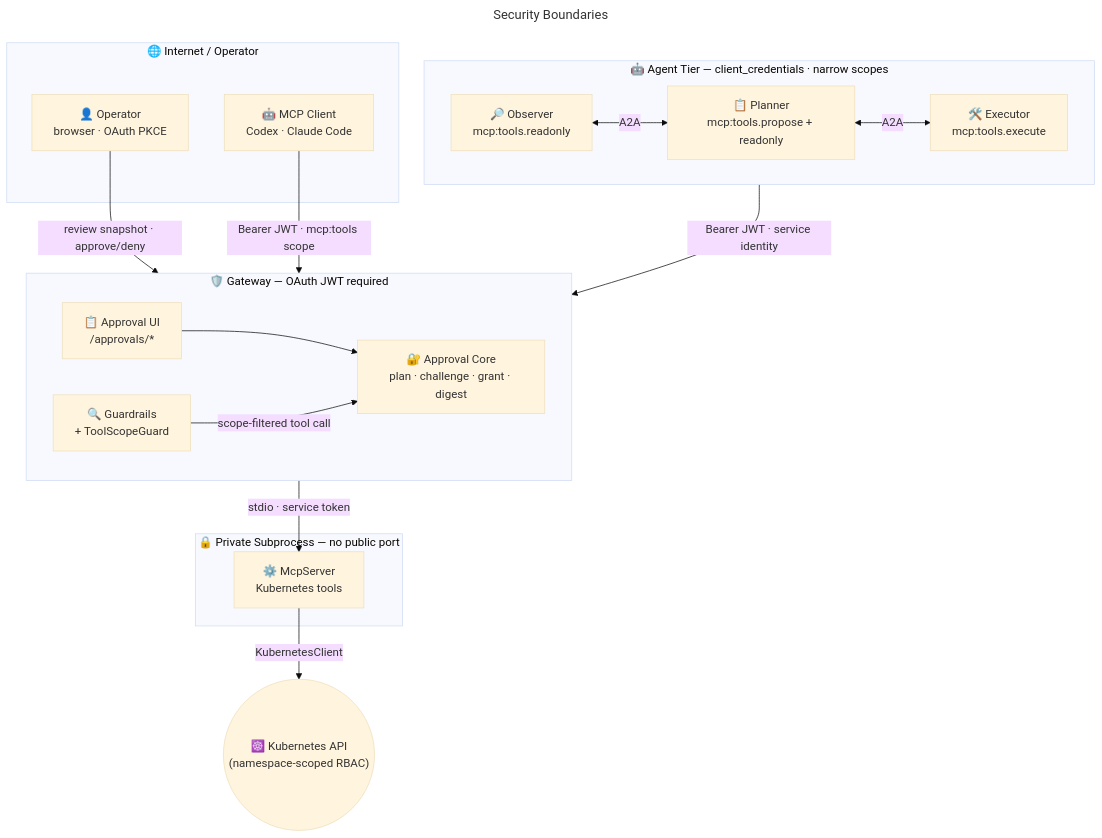
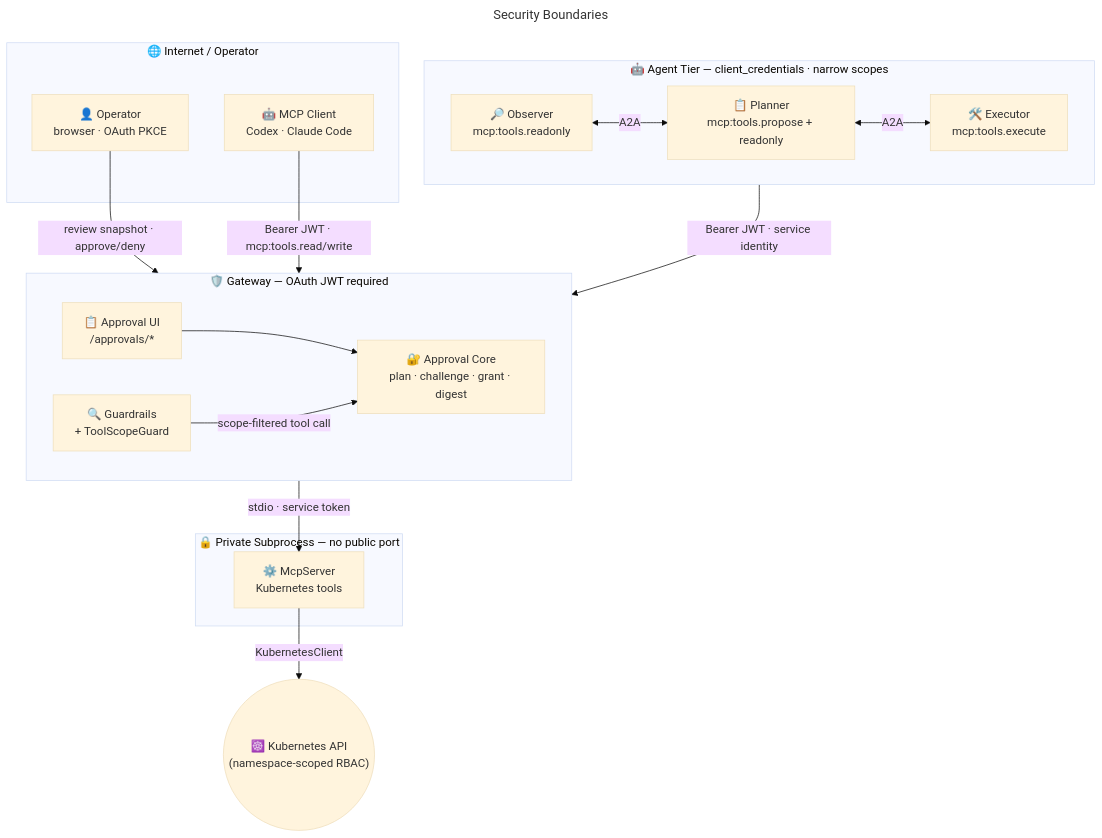
The diagram in README.md (mirusser/Kubernetes-MCP-Guard), drawn with Mermaid (base theme) before and after one commit. The commit also changed other lines of this file and 27 other files, not shown here.

Commit message:
security: read and write scope split

````diff
--- a/README.md
+++ b/README.md
@@ -69,36 +69,36 @@
 ```mermaid
 ---
 title: Security Boundaries
 ---
 flowchart TB
     subgraph outer["🌐 Internet / Operator"]
         Human["👤 Operator\nbrowser · OAuth PKCE"]
         McpClient["🤖 MCP Client\nCodex · Claude Code"]
     end
 
     subgraph gateway["🛡️ Gateway —  OAuth JWT required"]
         direction LR
         Guard["🔍 Guardrails\n+ ToolScopeGuard"]
         ApprovalUI["📋 Approval UI\n/approvals/*"]
         ApprovalCore["🔐 Approval Core\nplan · challenge · grant · digest"]
     end
 
     subgraph agents["🤖 Agent Tier  —  client_credentials · narrow scopes"]
         direction LR
         Obs["🔎 Observer\nmcp:tools.readonly"]
         Plan["📋 Planner\nmcp:tools.propose + readonly"]
         Exec["🛠️ Executor\nmcp:tools.execute"]
         Obs <-->|"A2A"| Plan <-->|"A2A"| Exec
     end
 
     subgraph private["🔒 Private Subprocess  —  no public port"]
         McpServer["⚙️ McpServer\nKubernetes tools"]
     end
 
     K8s(("☸️ Kubernetes API\n(namespace-scoped RBAC)"))
 
     Human -->|"review snapshot · approve/deny"| ApprovalUI --> ApprovalCore
-    McpClient -->|"Bearer JWT · mcp:tools scope"| Guard -->|"scope-filtered tool call"| ApprovalCore
+    McpClient -->|"Bearer JWT · mcp:tools.read/write"| Guard -->|"scope-filtered tool call"| ApprovalCore
     agents -->|"Bearer JWT · service identity"| Guard
     ApprovalCore -->|"stdio · service token"| McpServer -->|"KubernetesClient"| K8s
 ```
````
